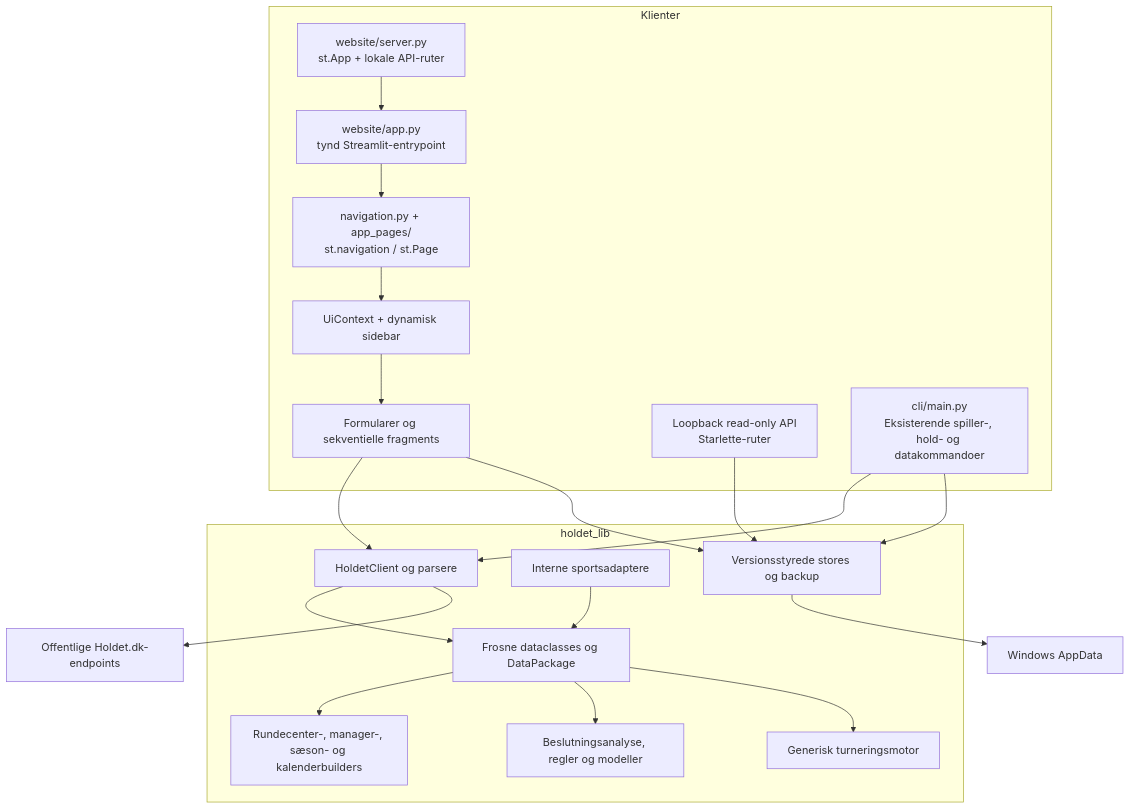
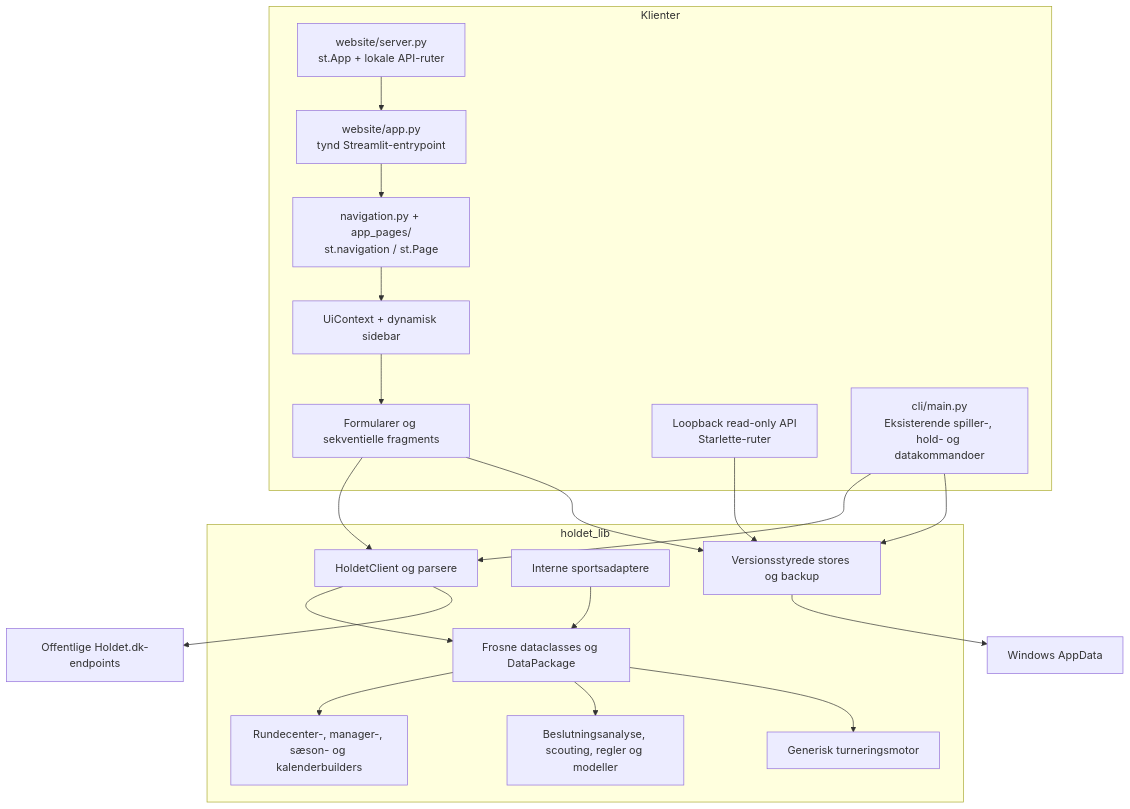
The first of 4 diagrams in docs/architecture.md (Peter537/holdet-fantasy-hub), drawn with Mermaid before and after one commit. The commit also changed other lines of this file and 43 other files, not shown here.

````diff
--- a/docs/architecture.md
+++ b/docs/architecture.md
@@ -7,37 +7,37 @@
 ```mermaid
 flowchart TB
     subgraph Clients["Klienter"]
         Web["website/server.py<br/>st.App + lokale API-ruter"]
         Shell["website/app.py<br/>tynd Streamlit-entrypoint"]
         Pages["navigation.py + app_pages/<br/>st.navigation / st.Page"]
         Context["UiContext + dynamisk sidebar"]
         Fragments["Formularer og sekventielle fragments"]
         Api["Loopback read-only API<br/>Starlette-ruter"]
         Cli["cli/main.py<br/>Eksisterende spiller-, hold- og datakommandoer"]
     end
     subgraph Library["holdet_lib"]
         Fetch["HoldetClient og parsere"]
         Domain["Frosne dataclasses og DataPackage"]
         Adapters["Interne sportsadaptere"]
         Manager["Rundecenter-, manager-, sæson- og kalenderbuilders"]
-        Analysis["Beslutningsanalyse, regler og modeller"]
+        Analysis["Beslutningsanalyse, scouting, regler og modeller"]
         Tournament["Generisk turneringsmotor"]
         Stores["Versionsstyrede stores og backup"]
     end
     Web --> Shell
     Shell --> Pages
     Pages --> Context
     Context --> Fragments
     Fragments --> Fetch
     Api --> Stores
     Cli --> Fetch
     Fetch --> Domain
     Adapters --> Domain
     Domain --> Manager
     Domain --> Analysis
     Domain --> Tournament
     Fragments --> Stores
     Cli --> Stores
     Stores --> AppData["Windows AppData"]
     Fetch --> Holdet["Offentlige Holdet.dk-endpoints"]
 ```
````
